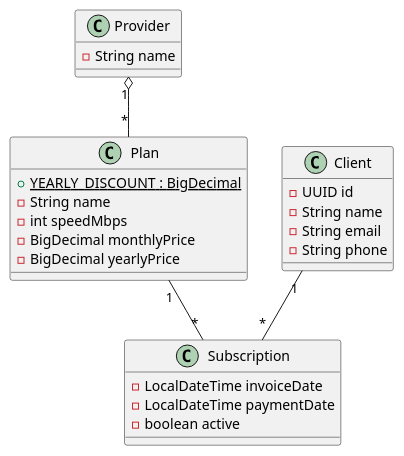
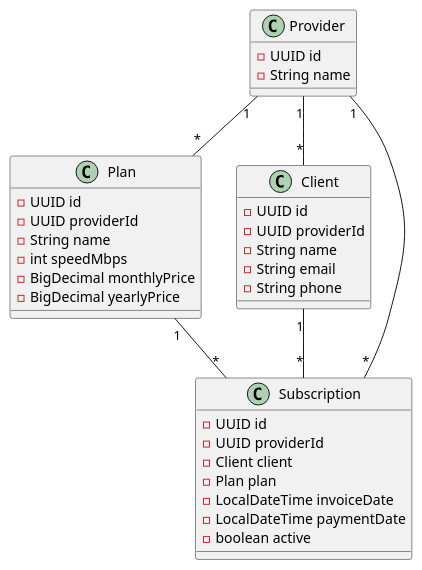
Before and after one commit to dcapote92/net_provider: the diagram in docs/ClassDiagram.puml, drawn with PlantUML. The commit also changed 2 other files, not shown here.

Commit message:
fixed provider and plan classes, to get classes mirrored as the UML diagram

```diff
--- a/docs/ClassDiagram.puml
+++ b/docs/ClassDiagram.puml
@@ -1,36 +1,42 @@
 @startuml
-'https://plantuml.com/class-diagram
 
-class Provider{
+class Provider {
+    - UUID id
     - String name
 }
 
-class Plan{
-    + {static} YEARLY_DISCOUNT : BigDecimal
+class Plan {
+    - UUID id
+    - UUID providerId
     - String name
     - int speedMbps
     - BigDecimal monthlyPrice
     - BigDecimal yearlyPrice
 }
 
-class Client{
+class Client {
     - UUID id
+    - UUID providerId
     - String name
     - String email
     - String phone
 }
 
-class Subscription{
+class Subscription {
+    - UUID id
+    - UUID providerId
+    - Client client
+    - Plan plan
     - LocalDateTime invoiceDate
     - LocalDateTime paymentDate
     - boolean active
-
 }
 
+Provider "1" -- "*" Plan
+Provider "1" -- "*" Client
+Provider "1" -- "*" Subscription
 
-Provider "1" o-- "*"  Plan
 Client "1" -- "*" Subscription
 Plan "1" -- "*" Subscription
 
-
 @enduml
```
